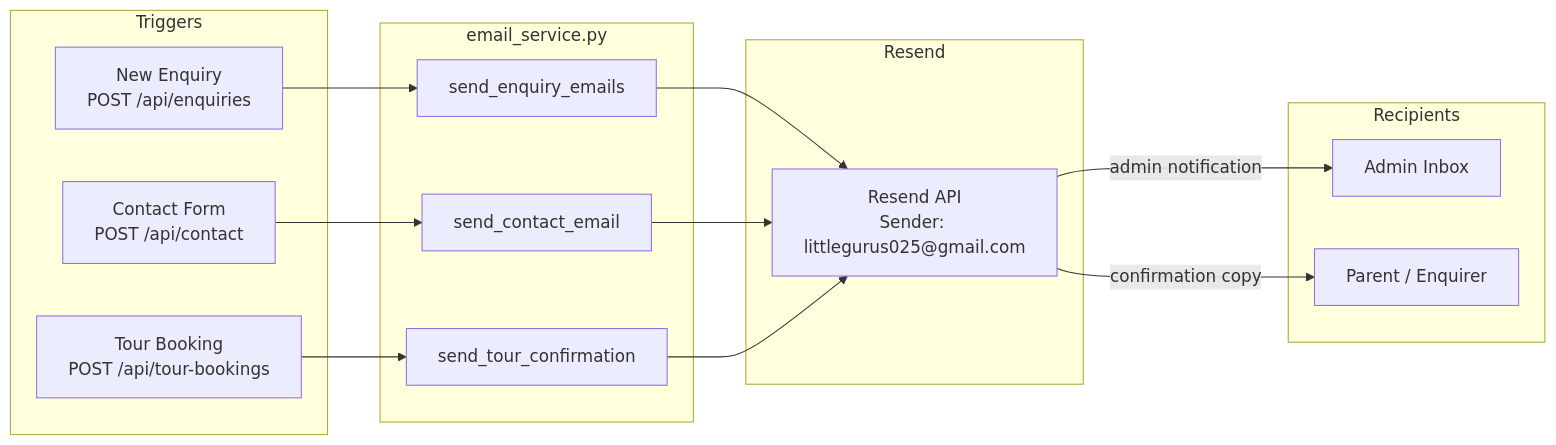
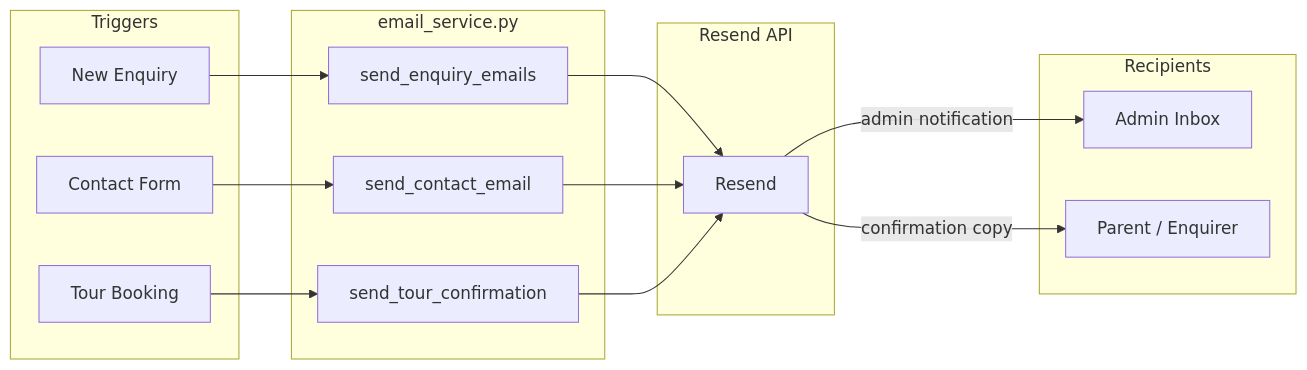
Before and after one commit to dineshsrivastava07-cell/littlegurusacademy: the fourth of 7 diagrams in Architecture.md, drawn with Mermaid. The commit also changed other lines of this file, not shown here.

Commit message:
fix: correct all Mermaid diagrams for GitHub renderer (remove backslash-n, @, URLs in node labels)

````diff
--- a/Architecture.md
+++ b/Architecture.md
@@ -111,32 +111,32 @@
 ```mermaid
 graph LR
     subgraph Triggers
-        ENQ[New Enquiry\nPOST /api/enquiries]
-        CON[Contact Form\nPOST /api/contact]
-        TOUR[Tour Booking\nPOST /api/tour-bookings]
+        ENQ[New Enquiry]
+        CON[Contact Form]
+        TOUR[Tour Booking]
     end
 
-    subgraph email_service.py
+    subgraph Handler [email_service.py]
         SE[send_enquiry_emails]
         SC[send_contact_email]
         ST[send_tour_confirmation]
     end
 
-    subgraph Resend
-        API2[Resend API\nSender: littlegurus025@gmail.com]
+    subgraph Resend [Resend API]
+        RS[Resend]
     end
 
     subgraph Recipients
         ADMIN[Admin Inbox]
         PARENT[Parent / Enquirer]
     end
 
     ENQ --> SE
     CON --> SC
     TOUR --> ST
-    SE --> API2
-    SC --> API2
-    ST --> API2
-    API2 -->|admin notification| ADMIN
-    API2 -->|confirmation copy| PARENT
+    SE --> RS
+    SC --> RS
+    ST --> RS
+    RS -->|admin notification| ADMIN
+    RS -->|confirmation copy| PARENT
 ```
````
